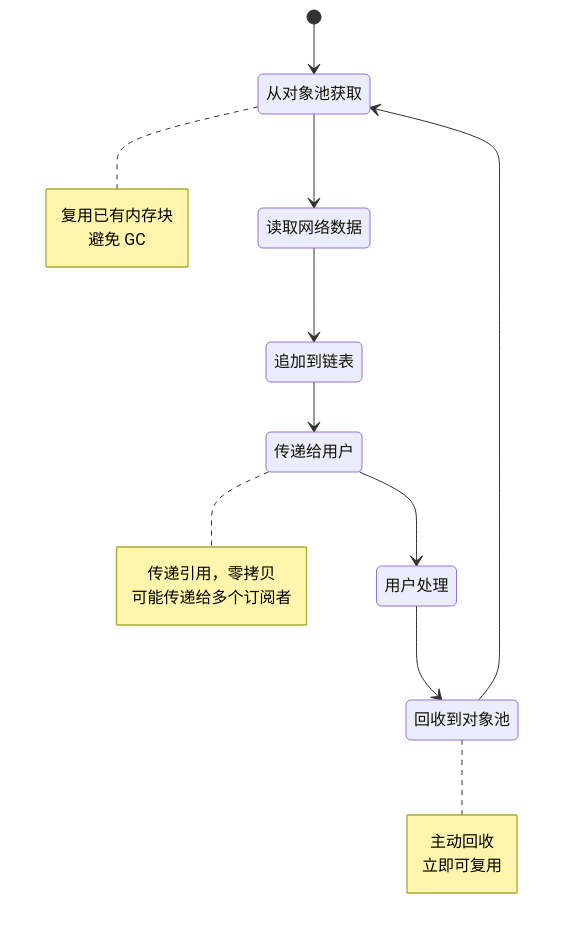
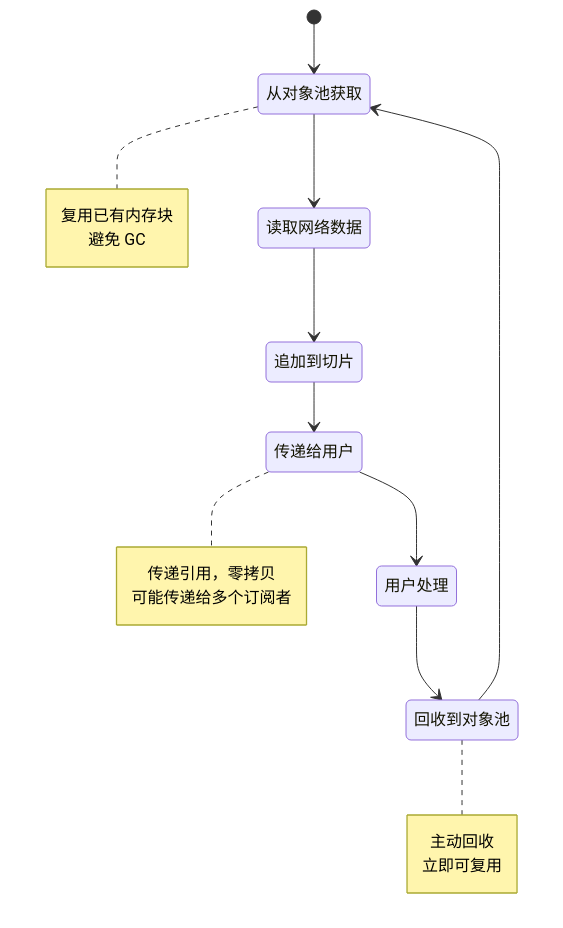
The second of 2 diagrams in doc_CN/bufreader_analysis.md (eanfs/monibuca), drawn with Mermaid before and after one commit. The commit also changed other lines of this file and 1 other file, not shown here.

````diff
--- a/doc_CN/bufreader_analysis.md
+++ b/doc_CN/bufreader_analysis.md
@@ -314,25 +315,25 @@
 ```mermaid
 stateDiagram-v2
     [*] --> 从对象池获取
     从对象池获取 --> 读取网络数据
-    读取网络数据 --> 追加到链表
-    追加到链表 --> 传递给用户
+    读取网络数据 --> 追加到切片
+    追加到切片 --> 传递给用户
     传递给用户 --> 用户处理
     用户处理 --> 回收到对象池
     回收到对象池 --> 从对象池获取
     
     note right of 从对象池获取
         复用已有内存块
         避免 GC
     end note
     
     note right of 传递给用户
         传递引用，零拷贝
         可能传递给多个订阅者
     end note
     
     note right of 回收到对象池
         主动回收
         立即可复用
     end note
 ```
````
